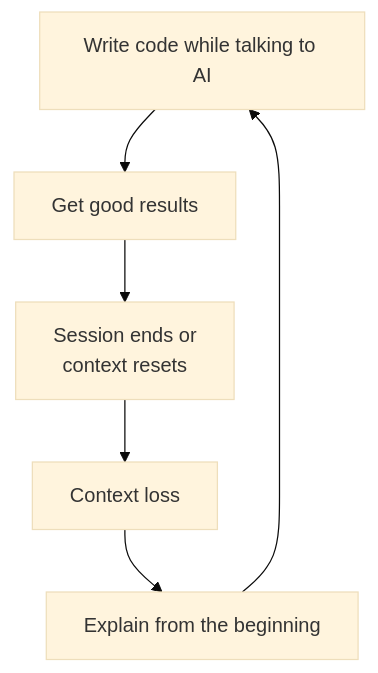
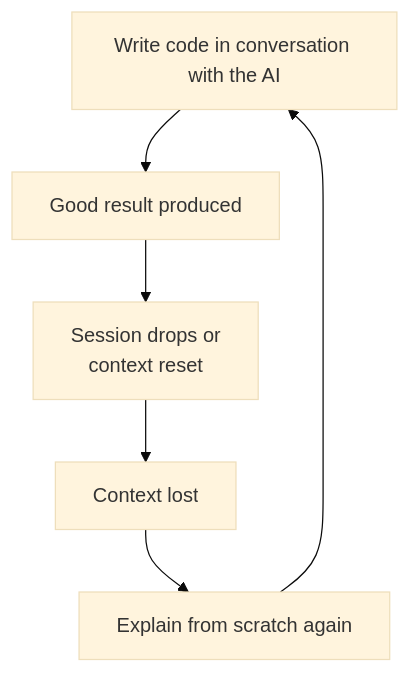
One commit to modu-ai/moai-adk changed the first of 5 diagrams in docs-site/content/en/core-concepts/what-is-moai-adk.md. Above: the diagram before and after it, drawn with Mermaid (base theme). The commit also changed other lines of this file and 395 other files, not shown here.

````diff
--- a/docs-site/content/en/core-concepts/what-is-moai-adk.md
+++ b/docs-site/content/en/core-concepts/what-is-moai-adk.md
@@ -56,8 +82,8 @@
 ```mermaid
 flowchart TD
-    A["Write code while talking to AI"] --> B["Get good results"]
-    B --> C["Session ends or\ncontext resets"]
-    C --> D["Context loss"]
-    D --> E["Explain from the beginning"]
+    A["Write code in conversation with the AI"] --> B["Good result produced"]
+    B --> C["Session drops or\ncontext reset"]
+    C --> D["Context lost"]
+    D --> E["Explain from scratch again"]
     E --> A
 ```
````
